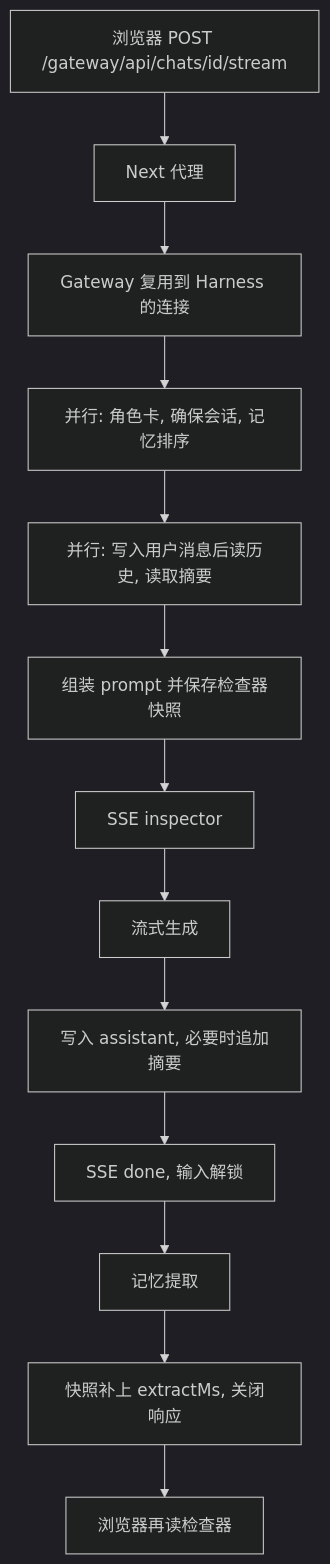
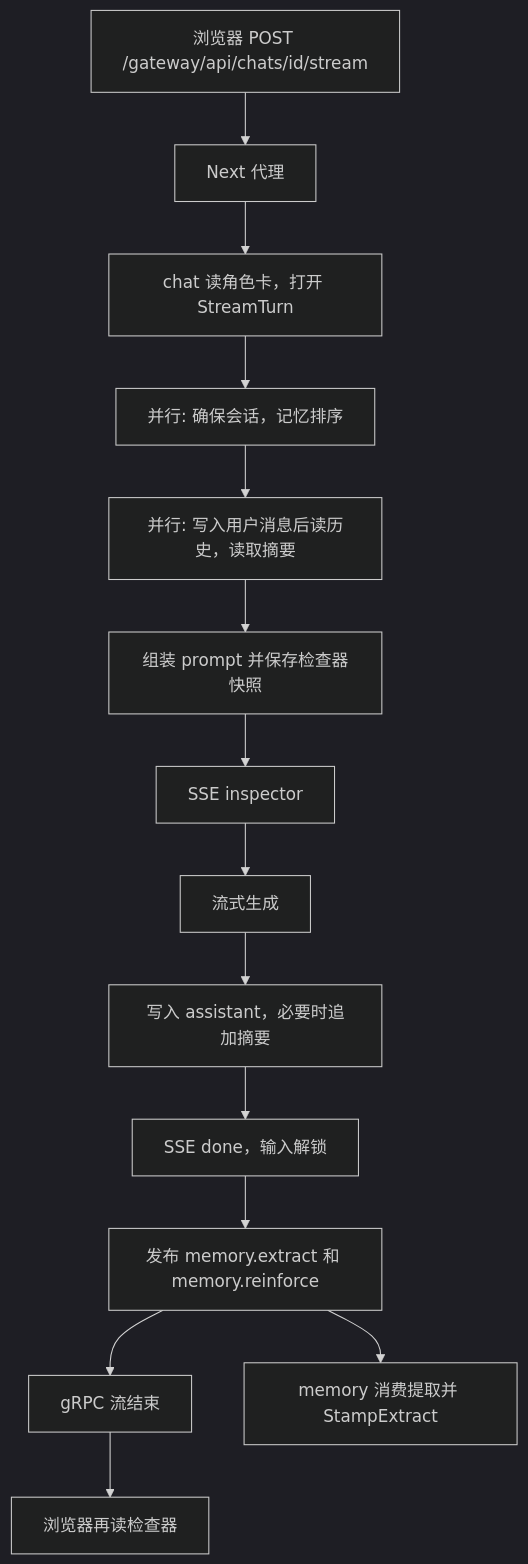
One commit to ZhangShenao/engram changed the first of 2 diagrams in docs/chat-turn.md. Above: the diagram before and after it, drawn with Mermaid (dark theme). The commit also changed other lines of this file and 26 other files, not shown here.

````diff
--- a/docs/chat-turn.md
+++ b/docs/chat-turn.md
@@ -82,18 +88,21 @@
 ```mermaid
 flowchart TD
   browser["浏览器 POST /gateway/api/chats/id/stream"]
   web["Next 代理"]
-  gateway["Gateway 复用到 Harness 的连接"]
-  prefetch["并行: 角色卡, 确保会话, 记忆排序"]
-  overlap["并行: 写入用户消息后读历史, 读取摘要"]
+  chat["chat 读角色卡，打开 StreamTurn"]
+  prefetch["并行: 确保会话，记忆排序"]
+  overlap["并行: 写入用户消息后读历史，读取摘要"]
   assemble["组装 prompt 并保存检查器快照"]
   inspector["SSE inspector"]
   model["流式生成"]
-  persist["写入 assistant, 必要时追加摘要"]
-  done["SSE done, 输入解锁"]
-  extract["记忆提取"]
-  stamp["快照补上 extractMs, 关闭响应"]
+  persist["写入 assistant，必要时追加摘要"]
+  done["SSE done，输入解锁"]
+  publish["发布 memory.extract 和 memory.reinforce"]
+  close["gRPC 流结束"]
+  extract["memory 消费提取并 StampExtract"]
   panel["浏览器再读检查器"]
 
-  browser --> web --> gateway --> prefetch --> overlap --> assemble --> inspector --> model --> persist --> done --> extract --> stamp --> panel
+  browser --> web --> chat --> prefetch --> overlap --> assemble --> inspector --> model --> persist --> done --> publish --> close
+  publish --> extract
+  close --> panel
 ```
````
